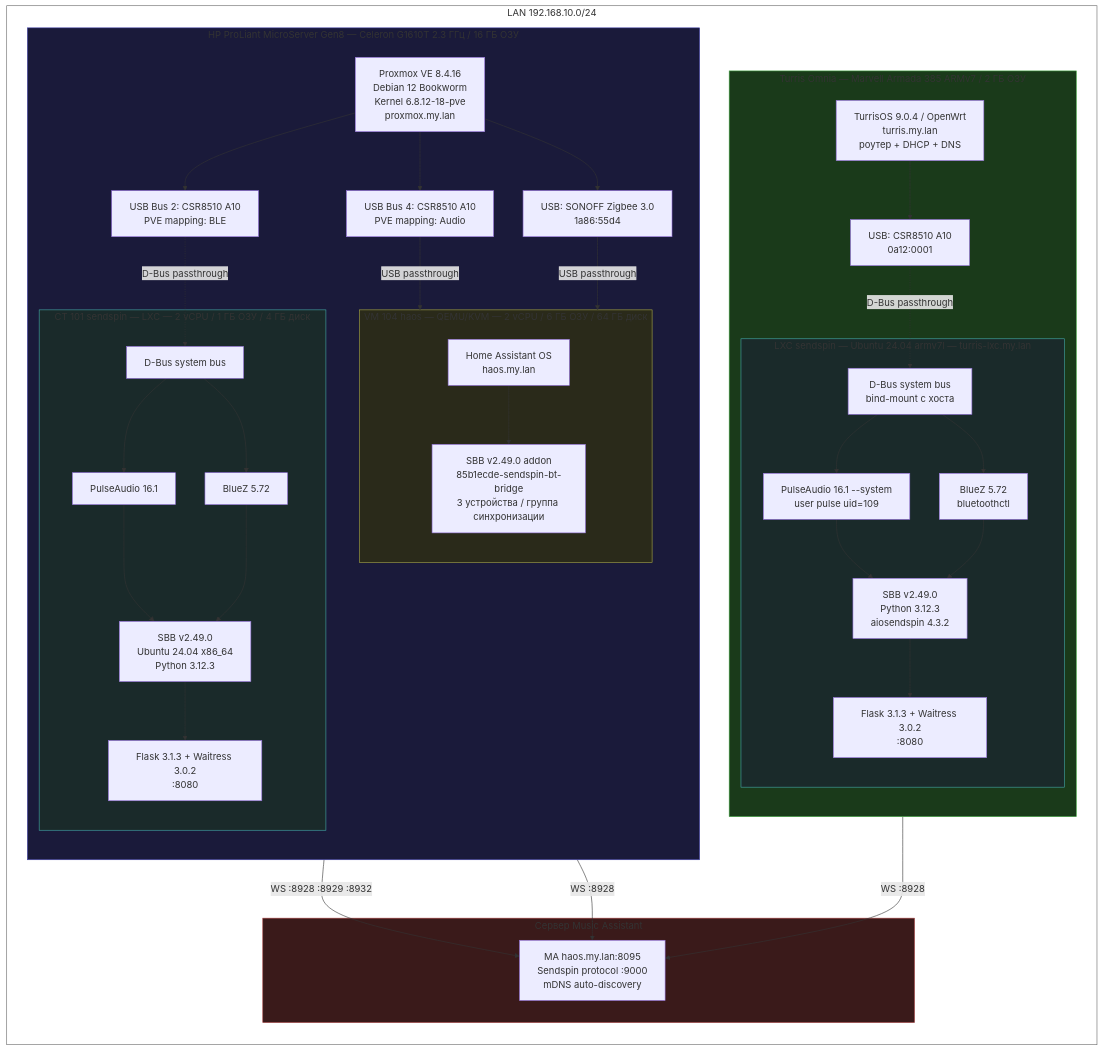
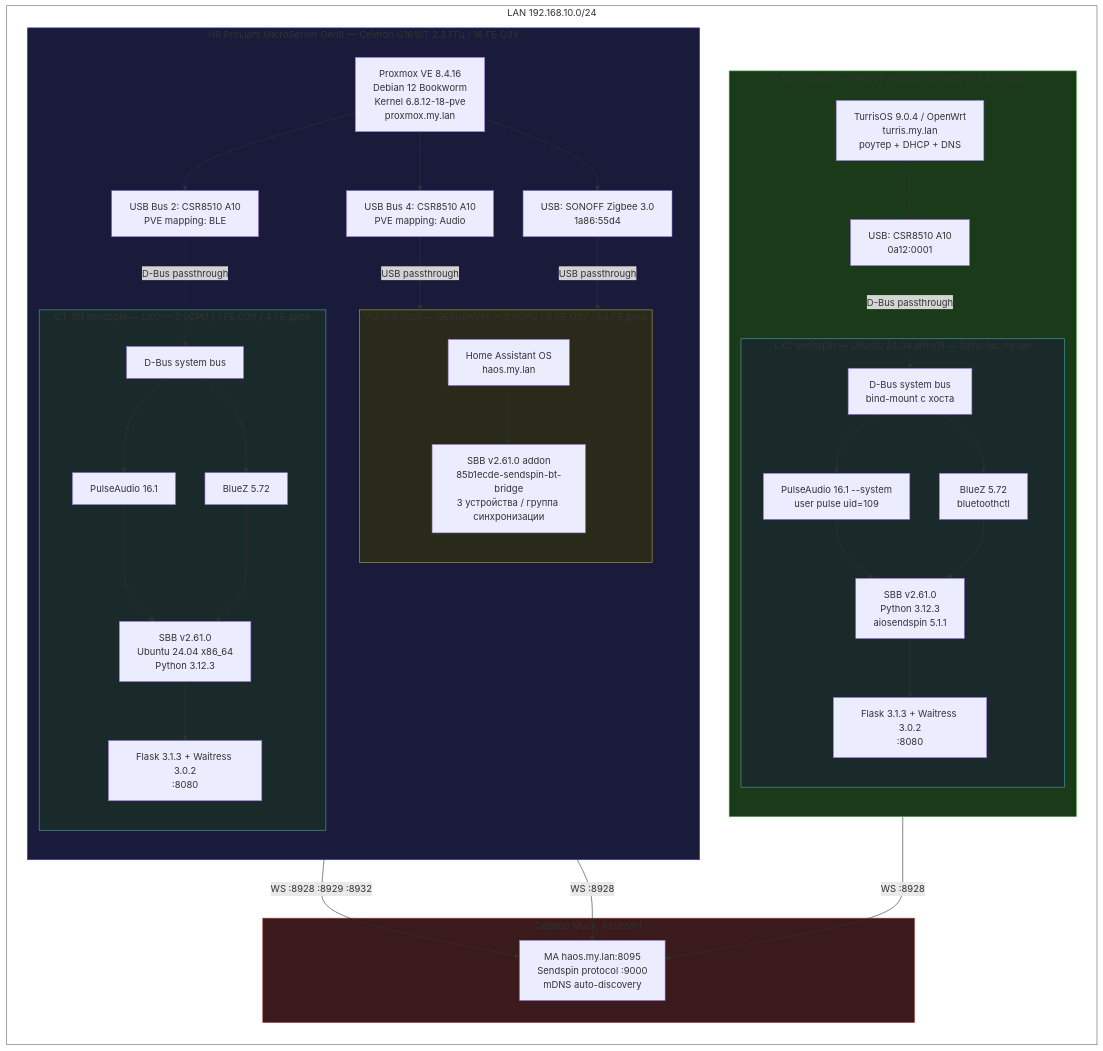
Before and after one commit to trudenboy/sendspin-bt-bridge: the first of 3 diagrams in docs-site/src/content/docs/ru/test-stand.md, drawn with Mermaid. The commit also changed other lines of this file and 8 other files, not shown here.

````diff
--- a/docs-site/src/content/docs/ru/test-stand.md
+++ b/docs-site/src/content/docs/ru/test-stand.md
@@ -20,76 +20,76 @@
 ```mermaid
 graph TB
     subgraph net["LAN 192.168.10.0/24"]
         direction TB
 
         subgraph turris["Turris Omnia — Marvell Armada 385 ARMv7 / 2 ГБ ОЗУ"]
             direction TB
             T_HOST["TurrisOS 9.0.4 / OpenWrt<br/>turris.my.lan<br/>роутер + DHCP + DNS"]
             T_USB["USB: CSR8510 A10<br/>0a12:0001"]
             subgraph T_LXC["LXC sendspin — Ubuntu 24.04 armv7l — turris-lxc.my.lan"]
                 T_DBUS["D-Bus system bus<br/>bind-mount с хоста"]
                 T_PA["PulseAudio 16.1 --system<br/>user pulse uid=109"]
                 T_BLUEZ["BlueZ 5.72<br/>bluetoothctl"]
-                T_SBB["SBB v2.49.0<br/>Python 3.12.3<br/>aiosendspin 4.3.2"]
+                T_SBB["SBB v2.61.0<br/>Python 3.12.3<br/>aiosendspin 5.1.1"]
                 T_WEB["Flask 3.1.3 + Waitress 3.0.2<br/>:8080"]
                 T_DBUS --> T_BLUEZ
                 T_DBUS --> T_PA
                 T_PA --> T_SBB
                 T_BLUEZ --> T_SBB
                 T_SBB --> T_WEB
             end
             T_HOST --> T_USB
             T_USB -.->|D-Bus passthrough| T_DBUS
         end
 
         subgraph proxmox["HP ProLiant MicroServer Gen8 — Celeron G1610T 2.3 ГГц / 16 ГБ ОЗУ"]
             direction TB
             P_HOST["Proxmox VE 8.4.16<br/>Debian 12 Bookworm<br/>Kernel 6.8.12-18-pve<br/>proxmox.my.lan"]
             P_USB1["USB Bus 4: CSR8510 A10<br/>PVE mapping: Audio"]
             P_USB2["USB Bus 2: CSR8510 A10<br/>PVE mapping: BLE"]
             P_ZIG["USB: SONOFF Zigbee 3.0<br/>1a86:55d4"]
 
             subgraph P_VM["VM 104 haos — QEMU/KVM — 2 vCPU / 6 ГБ ОЗУ / 64 ГБ диск"]
                 P_HAOS["Home Assistant OS<br/>haos.my.lan"]
-                P_ADDON["SBB v2.49.0 addon<br/>85b1ecde-sendspin-bt-bridge<br/>3 устройства / группа синхронизации"]
+                P_ADDON["SBB v2.61.0 addon<br/>85b1ecde-sendspin-bt-bridge<br/>3 устройства / группа синхронизации"]
                 P_HAOS --> P_ADDON
             end
 
             subgraph P_CT["CT 101 sendspin — LXC — 2 vCPU / 1 ГБ ОЗУ / 4 ГБ диск"]
                 P_DBUS["D-Bus system bus"]
                 P_PA["PulseAudio 16.1"]
                 P_BLUEZ2["BlueZ 5.72"]
-                P_SBB["SBB v2.49.0<br/>Ubuntu 24.04 x86_64<br/>Python 3.12.3"]
+                P_SBB["SBB v2.61.0<br/>Ubuntu 24.04 x86_64<br/>Python 3.12.3"]
                 P_WEB2["Flask 3.1.3 + Waitress 3.0.2<br/>:8080"]
                 P_DBUS --> P_BLUEZ2
                 P_DBUS --> P_PA
                 P_PA --> P_SBB
                 P_BLUEZ2 --> P_SBB
                 P_SBB --> P_WEB2
             end
 
             P_HOST --> P_USB1
             P_HOST --> P_USB2
             P_HOST --> P_ZIG
             P_USB1 -->|USB passthrough| P_VM
             P_USB2 -.->|D-Bus passthrough| P_DBUS
             P_ZIG -->|USB passthrough| P_VM
         end
 
         subgraph ma_box["Сервер Music Assistant"]
             MA["MA haos.my.lan:8095<br/>Sendspin protocol :9000<br/>mDNS auto-discovery"]
         end
     end
 
     P_ADDON -->|"WS :8928 :8929 :8932"| MA
     P_SBB -->|"WS :8928"| MA
     T_SBB -->|"WS :8928"| MA
 
     style net fill:none,stroke:#666
     style turris fill:#1a3a1a,stroke:#4a4
     style proxmox fill:#1a1a3a,stroke:#44a
     style ma_box fill:#3a1a1a,stroke:#a44
     style P_VM fill:#2a2a1a,stroke:#aa4
     style P_CT fill:#1a2a2a,stroke:#4aa
     style T_LXC fill:#1a2a2a,stroke:#4aa
 ```
````
